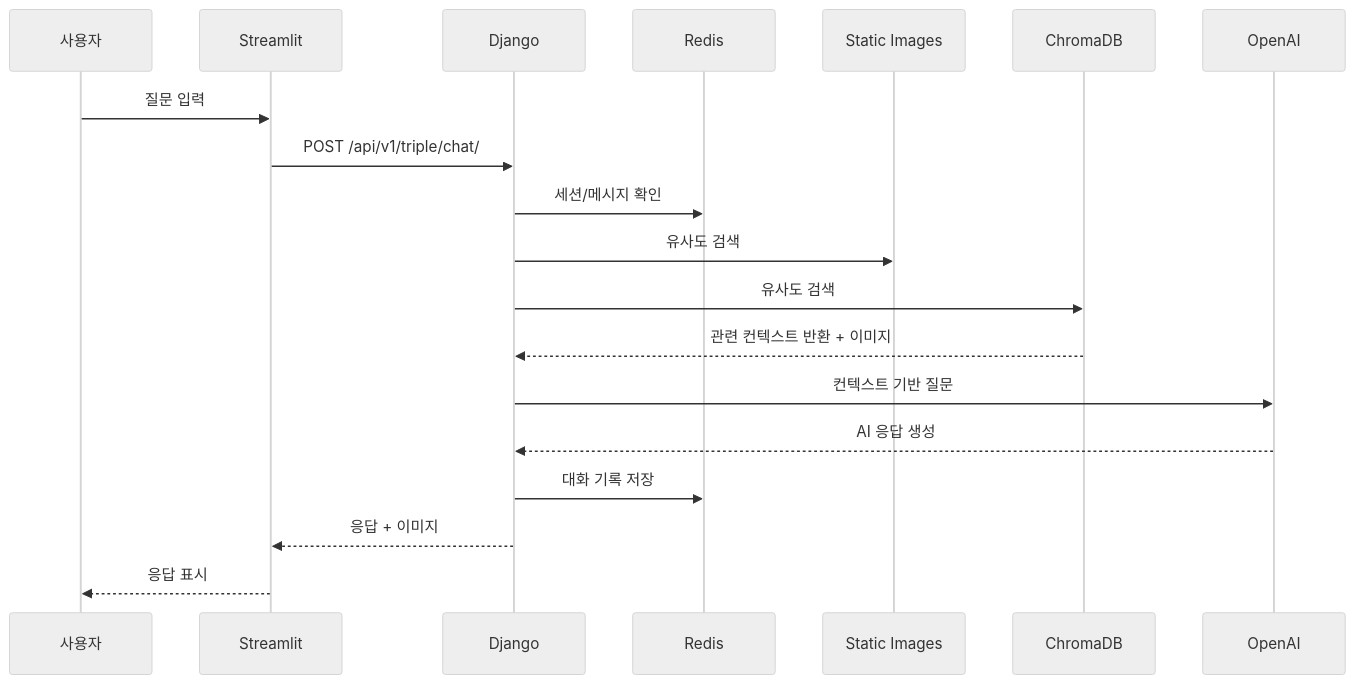
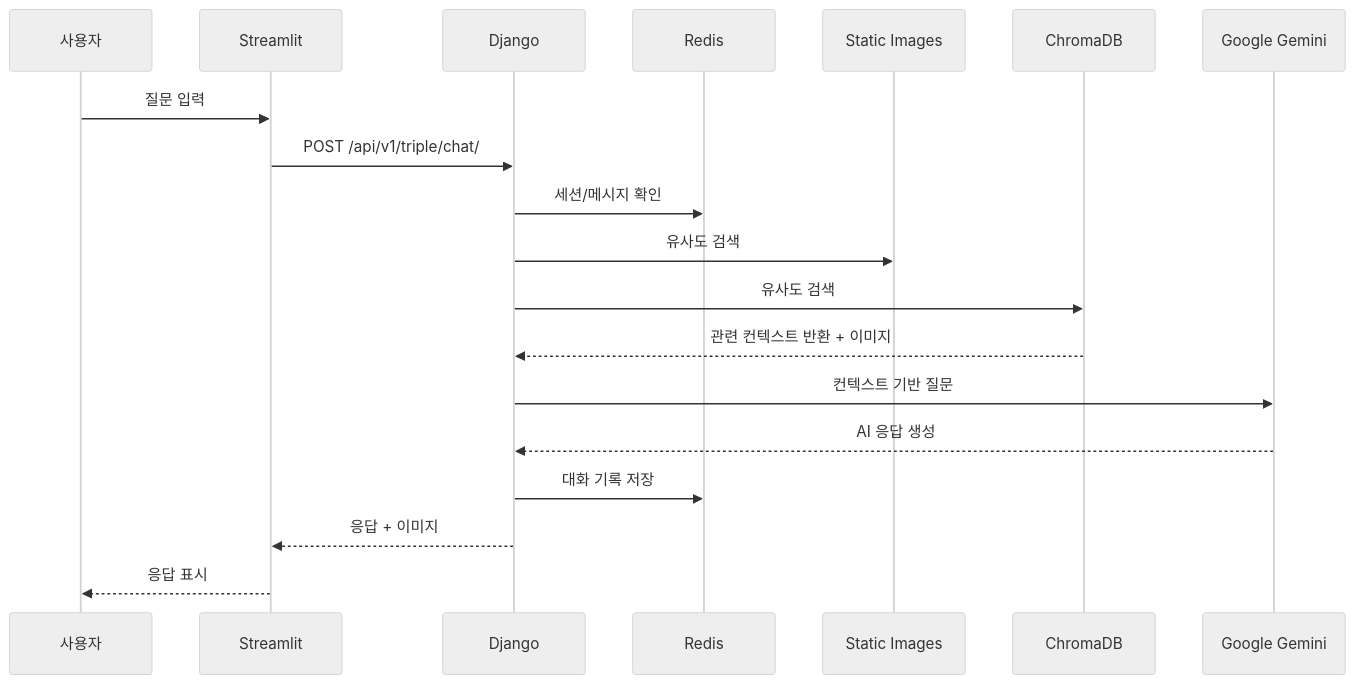
Before and after one commit to dea980/RAG_Chat: the second of 3 diagrams in Rag_Chat/ArchitectReadme.md, drawn with Mermaid (neutral theme). The commit also changed other lines of this file and 39 other files, not shown here.

````diff
--- a/Rag_Chat/ArchitectReadme.md
+++ b/Rag_Chat/ArchitectReadme.md
@@ -45,22 +45,22 @@
 ```mermaid
 sequenceDiagram
     participant U as 사용자
     participant S as Streamlit
     participant D as Django
     participant R as Redis
     participant I as Static Images
     participant C as ChromaDB
-    participant O as OpenAI
+    participant O as Google Gemini
 
     U->>S: 질문 입력
     S->>D: POST /api/v1/triple/chat/
     D->>R: 세션/메시지 확인
     D->>I: 유사도 검색
     D->>C: 유사도 검색
     C-->>D: 관련 컨텍스트 반환 + 이미지
     D->>O: 컨텍스트 기반 질문
     O-->>D: AI 응답 생성
     D->>R: 대화 기록 저장
     D-->>S: 응답 + 이미지 
     S-->>U: 응답 표시
 ```
````
